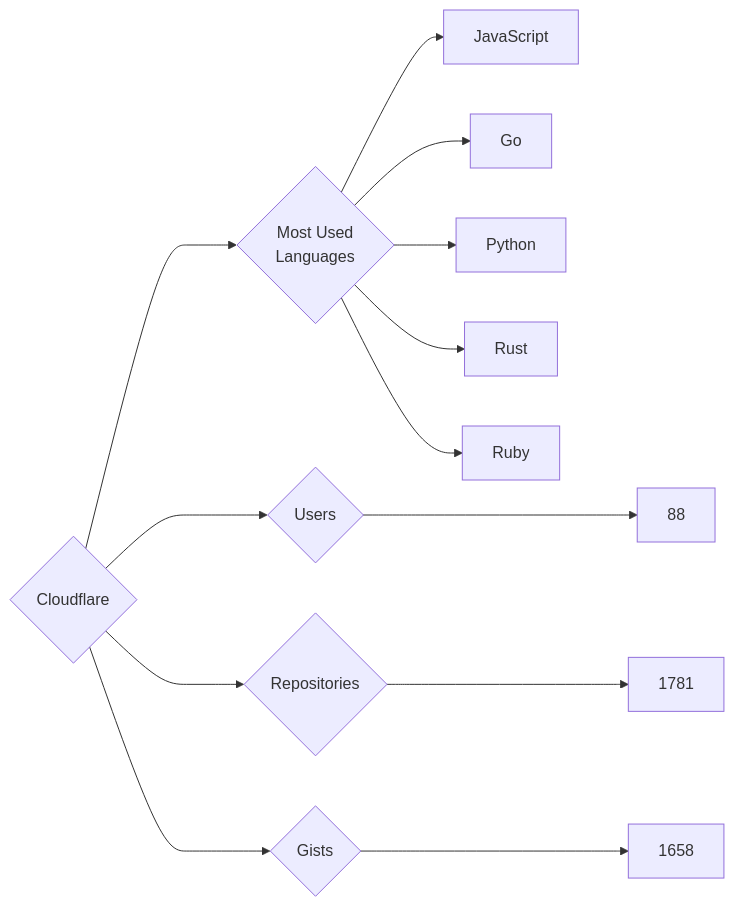
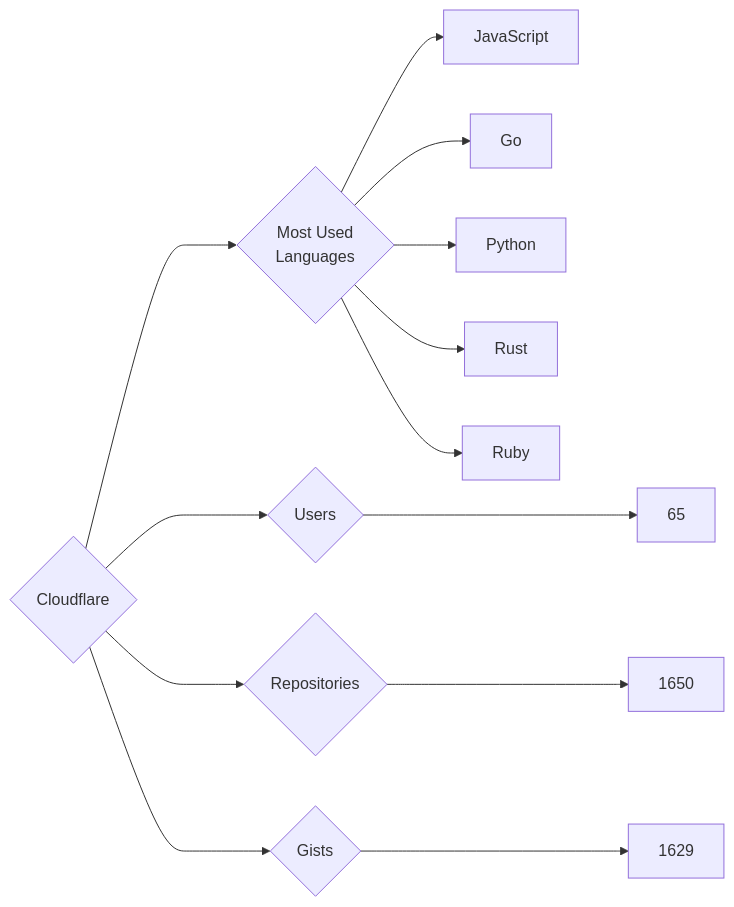
Before and after one commit to trickest/insiders: the diagram in targets/Cloudflare/README.md, drawn with Mermaid. The commit also changed 823 other files, not shown here.

````diff
--- a/targets/Cloudflare/README.md
+++ b/targets/Cloudflare/README.md
@@ -3,13 +3,13 @@
 ```mermaid
 graph LR
 COMPANY_NAME{Cloudflare}
-COMPANY_NAME ---> U{Users} ---> UN[88]
-COMPANY_NAME ---> R{Repositories} ---> RN[1781]
-COMPANY_NAME ---> G{Gists} ---> GN[1658]
+COMPANY_NAME ---> U{Users} ---> UN[65]
+COMPANY_NAME ---> R{Repositories} ---> RN[1650]
+COMPANY_NAME ---> G{Gists} ---> GN[1629]
 COMPANY_NAME ---> ML{Most Used<br>Languages}
 ML --> JavaScript[JavaScript]
 ML --> Go[Go]
 ML --> Python[Python]
 ML --> Rust[Rust]
 ML --> Ruby[Ruby]
 ```
````
